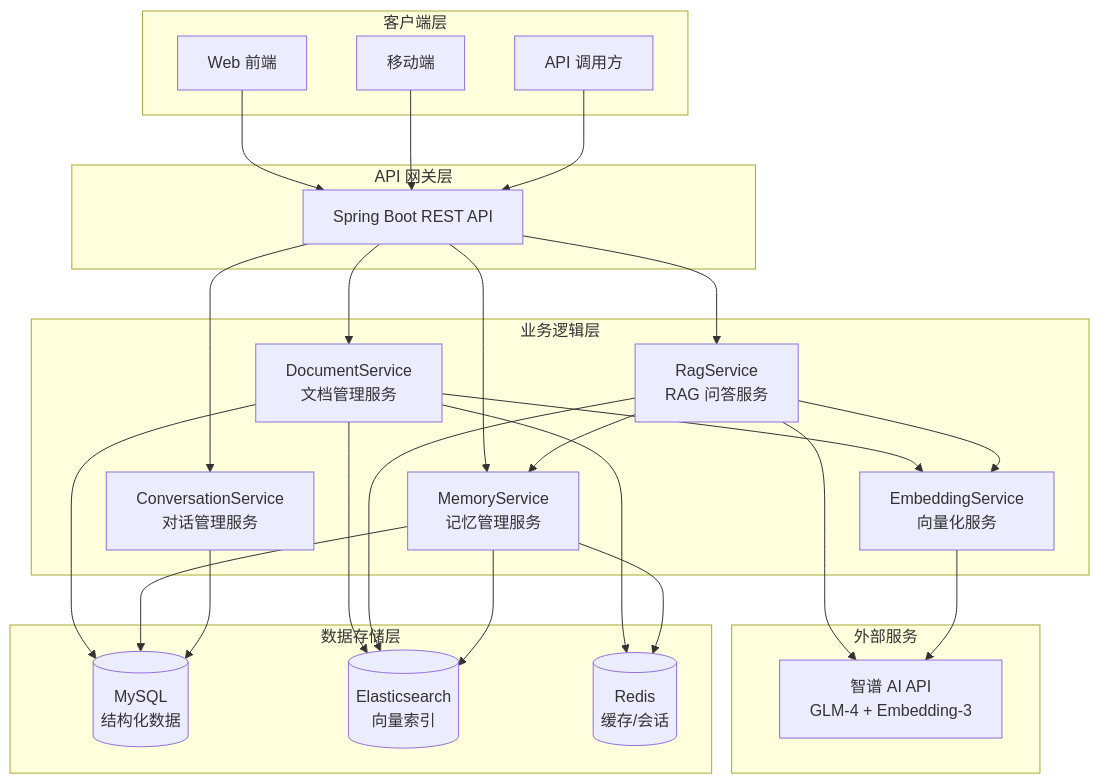
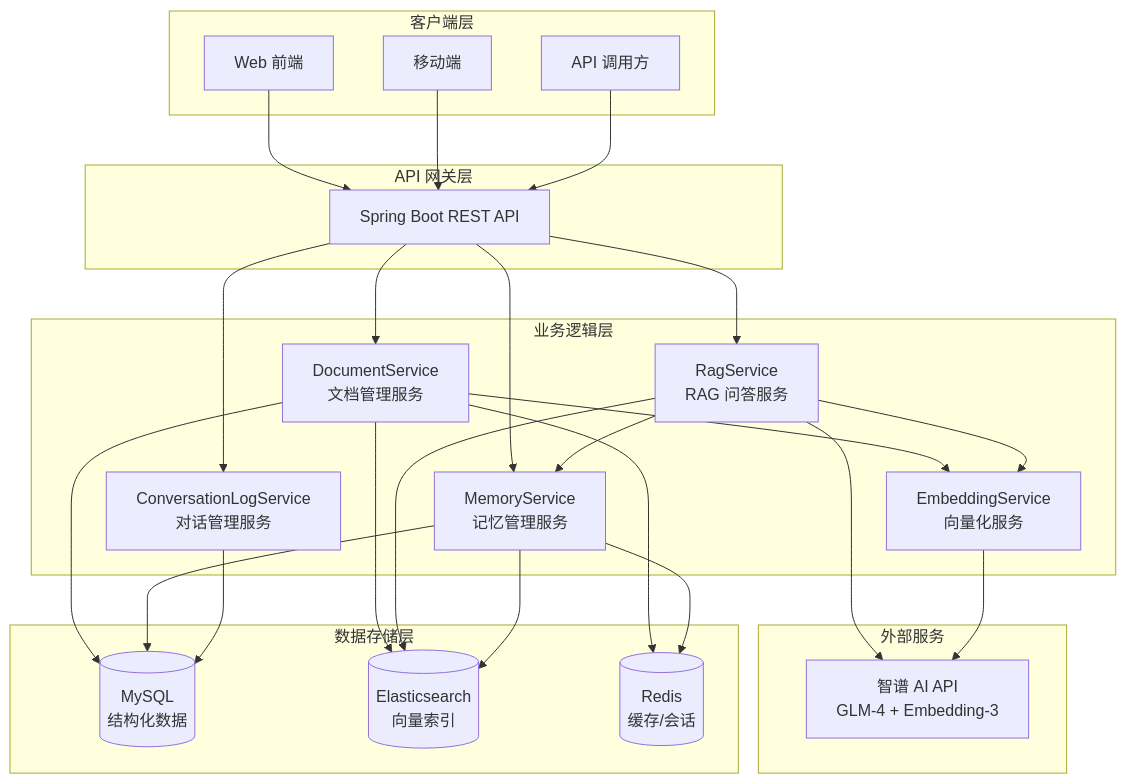
The first of 4 diagrams in README.md (Frankaem/RAG-KW), drawn with Mermaid before and after one commit. The commit also changed other lines of this file and 28 other files, not shown here.

````diff
--- a/README.md
+++ b/README.md
@@ -65,57 +65,57 @@
 ```mermaid
 graph TB
     subgraph Client["客户端层"]
         A[Web 前端]
         B[移动端]
         C[API 调用方]
     end
 
     subgraph API["API 网关层"]
         D[Spring Boot REST API]
     end
 
     subgraph Service["业务逻辑层"]
         E[DocumentService<br/>文档管理服务]
         F[RagService<br/>RAG 问答服务]
         G[MemoryService<br/>记忆管理服务]
-        H[ConversationService<br/>对话管理服务]
+        H[ConversationLogService<br/>对话管理服务]
         I[EmbeddingService<br/>向量化服务]
     end
 
     subgraph Storage["数据存储层"]
         J[(MySQL<br/>结构化数据)]
         K[(Elasticsearch<br/>向量索引)]
         L[(Redis<br/>缓存/会话)]
     end
 
     subgraph External["外部服务"]
         M[智谱 AI API<br/>GLM-4 + Embedding-3]
     end
 
     A --> D
     B --> D
     C --> D
 
     D --> E
     D --> F
     D --> G
     D --> H
 
     E --> I
     E --> J
     E --> K
     E --> L
 
     F --> I
     F --> K
     F --> M
     F --> G
 
     G --> J
     G --> K
     G --> L
 
     H --> J
 
     I --> M
 ```
````
